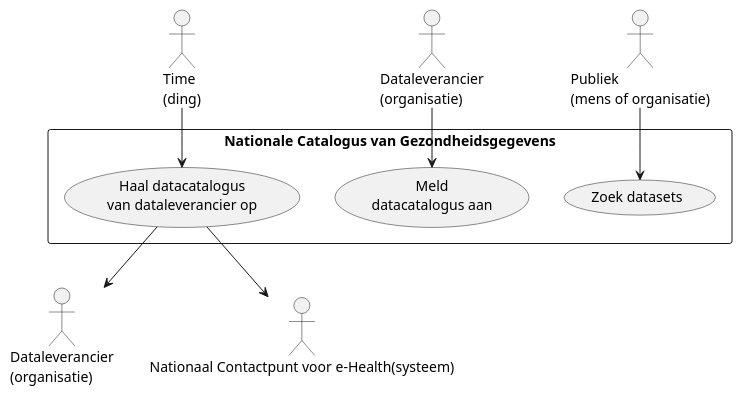
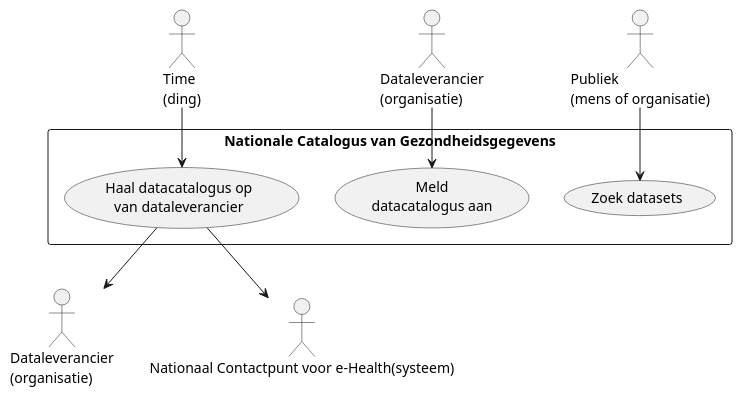
Before and after one commit to Health-RI/data-station-specification: the diagram in docs/architectuur/ontdekken.md, drawn with PlantUML. The commit also changed other lines of this file and 2 other files, not shown here.

````diff
--- a/docs/architectuur/ontdekken.md
+++ b/docs/architectuur/ontdekken.md
@@ -9,24 +13,24 @@
 ```puml
 @startuml
 
 actor "Time\n(ding)" as T
 actor "Dataleverancier\n(organisatie)" as DL_I
 actor "Dataleverancier\n(organisatie)" as DL_O
 actor "Nationaal Contactpunt voor e-Health(systeem)" as MSB
 actor "Publiek\n(mens of organisatie)" as B
 
 rectangle "Nationale Catalogus van Gezondheidsgegevens" {
   usecase "Meld\ndatacatalogus aan" as UC1
-  usecase "Haal datacatalogus\nvan dataleverancier op" as UC2
+  usecase "Haal datacatalogus op\nvan dataleverancier" as UC2
   usecase "Zoek datasets" as UC3
 }
 
 DL_I --> UC1
 T --> UC2
 B --> UC3
 
 UC2 --> DL_O
 UC2 --> MSB
 
 @enduml
 ```
````
